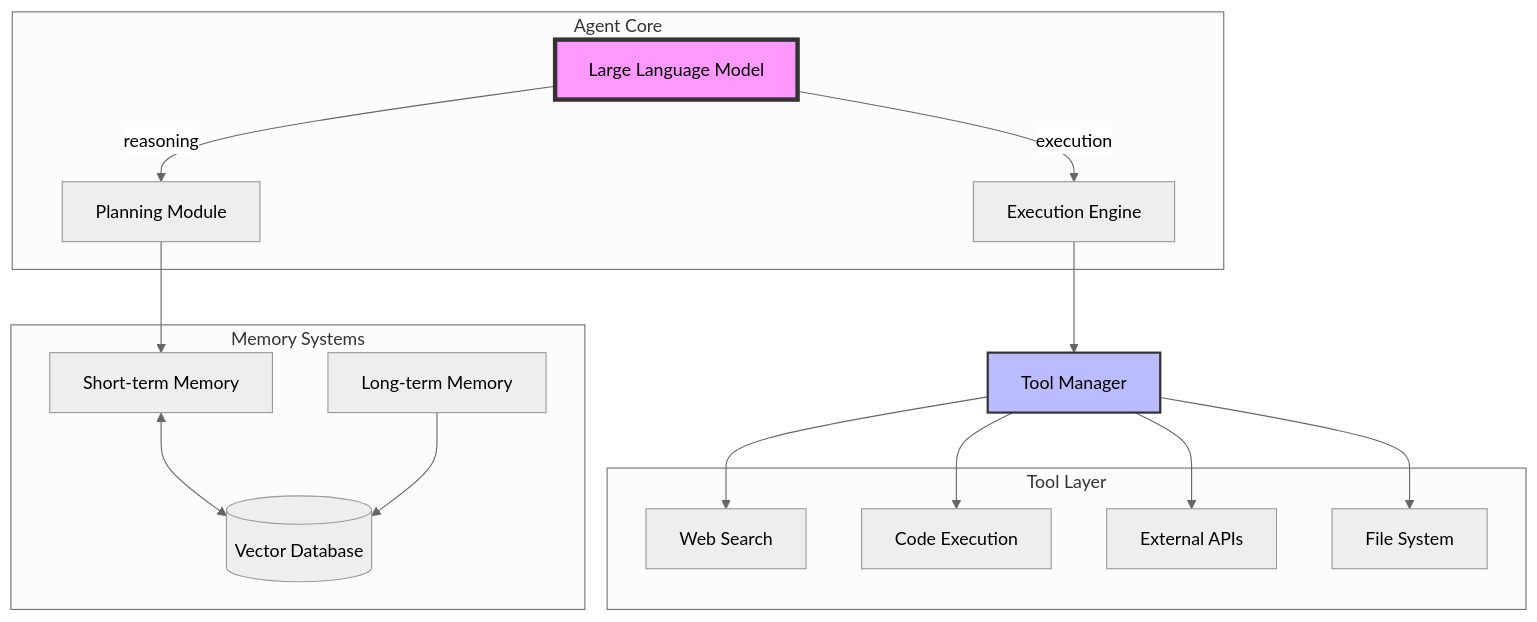
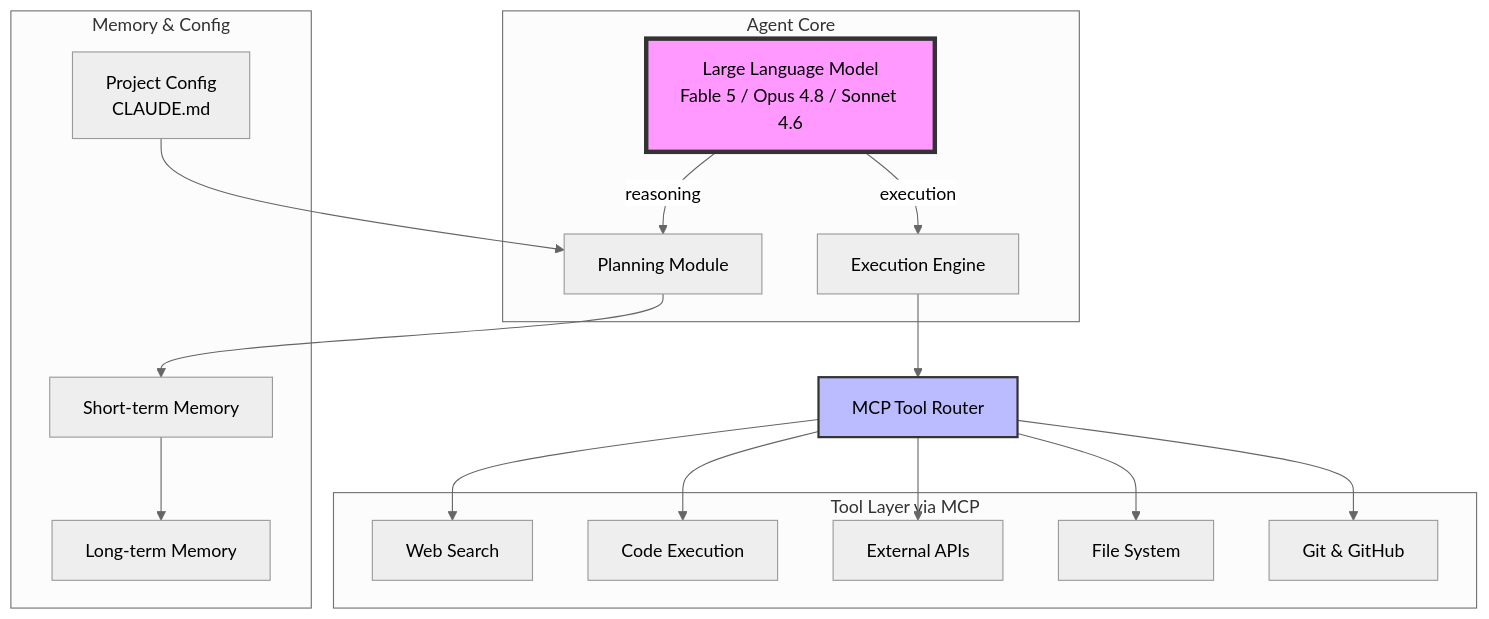
The third of 5 diagrams in public/data/workshops/workshop-04-morning-ai-agents/00_introduction.md (DreamLab-AI/dreamlab-ai-website), drawn with Mermaid (neutral theme) before and after one commit. The commit also changed other lines of this file and 111 other files, not shown here.

````diff
--- a/public/data/workshops/workshop-04-morning-ai-agents/00_introduction.md
+++ b/public/data/workshops/workshop-04-morning-ai-agents/00_introduction.md
@@ -76,34 +81,36 @@
 ```mermaid
 graph TB
     subgraph "Agent Core"
-        LLM[Large Language Model]
+        LLM[Large Language Model<br/>Fable 5 / Opus 4.8 / Sonnet 4.6]
         LLM --> |reasoning| Planner[Planning Module]
         LLM --> |execution| Executor[Execution Engine]
     end
 
-    subgraph "Memory Systems"
+    subgraph "Memory & Config"
+        Config[Project Config<br/>CLAUDE.md]
         STM[Short-term Memory]
         LTM[Long-term Memory]
-        VectorDB[(Vector Database)]
     end
 
-    subgraph "Tool Layer"
+    subgraph "Tool Layer via MCP"
         Search[Web Search]
         Code[Code Execution]
         APIs[External APIs]
         Files[File System]
+        Git[Git & GitHub]
     end
 
     Planner --> STM
-    Executor --> Tools[Tool Manager]
+    Executor --> Tools[MCP Tool Router]
     Tools --> Search
     Tools --> Code
     Tools --> APIs
     Tools --> Files
+    Tools --> Git
 
-    STM <--> VectorDB
-    LTM --> VectorDB
+    Config --> Planner
+    STM --> LTM
 
     style LLM fill:#f9f,stroke:#333,stroke-width:4px
     style Tools fill:#bbf,stroke:#333,stroke-width:2px
 ```
````
